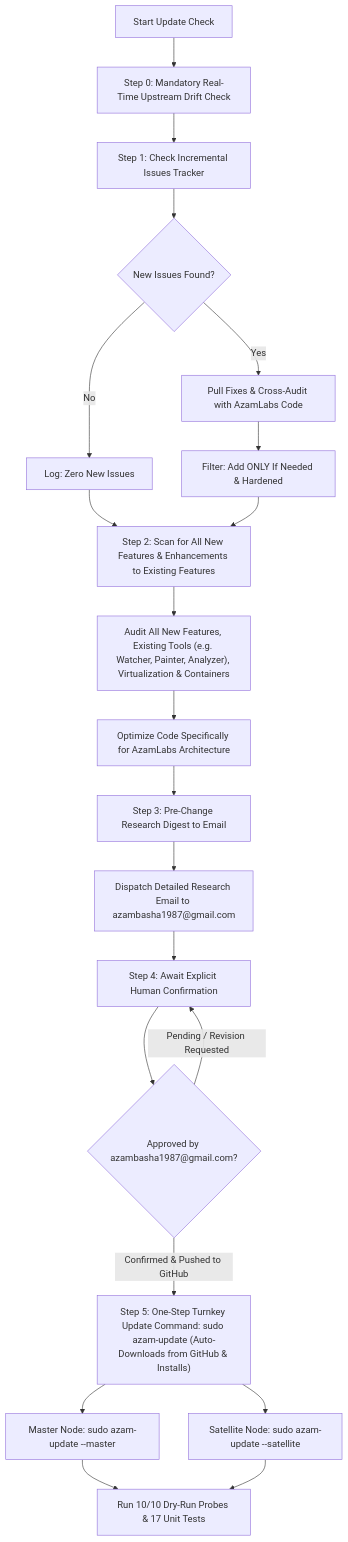
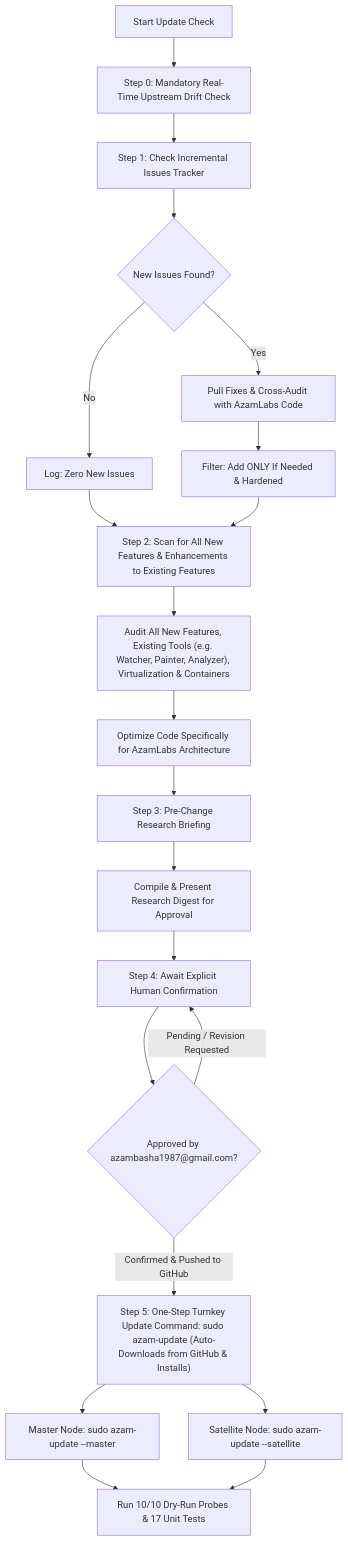
Before and after one commit to azambasha1987/MyRepo: the diagram in AzamLabs/docs/UPDATE_CHECK_PLAN.md, drawn with Mermaid. The commit also changed other lines of this file and 4 other files, not shown here.

First line of the commit message:
chore(notify): retire azambasha-notify.py and purge all email/WhatsApp notification references

````diff
--- a/AzamLabs/docs/UPDATE_CHECK_PLAN.md
+++ b/AzamLabs/docs/UPDATE_CHECK_PLAN.md
@@ -88,23 +88,23 @@
 ```mermaid
 graph TD
     A["Start Update Check"] --> A0["Step 0: Mandatory Real-Time Upstream Drift Check"]
     A0 --> B["Step 1: Check Incremental Issues Tracker"]
     B --> C{"New Issues Found?"}
     C -->|No| D["Log: Zero New Issues"]
     C -->|Yes| E["Pull Fixes & Cross-Audit with AzamLabs Code"]
     E --> F["Filter: Add ONLY If Needed & Hardened"]
     D --> G["Step 2: Scan for All New Features & Enhancements to Existing Features"]
     F --> G
     G --> H["Audit All New Features, Existing Tools (e.g. Watcher, Painter, Analyzer), Virtualization & Containers"]
     H --> I["Optimize Code Specifically for AzamLabs Architecture"]
-    I --> J["Step 3: Pre-Change Research Digest to Email"]
-    J --> K["Dispatch Detailed Research Email to azambasha1987@gmail.com"]
+    I --> J["Step 3: Pre-Change Research Briefing"]
+    J --> K["Compile & Present Research Digest for Approval"]
     K --> L["Step 4: Await Explicit Human Confirmation"]
     L --> M{"Approved by azambasha1987@gmail.com?"}
     M -->|Pending / Revision Requested| L
     M -->|Confirmed & Pushed to GitHub| N["Step 5: One-Step Turnkey Update Command: sudo azam-update (Auto-Downloads from GitHub & Installs)"]
     N --> O["Master Node: sudo azam-update --master"]
     N --> P["Satellite Node: sudo azam-update --satellite"]
     O --> Q["Run 10/10 Dry-Run Probes & 17 Unit Tests"]
     P --> Q
 ```
````
